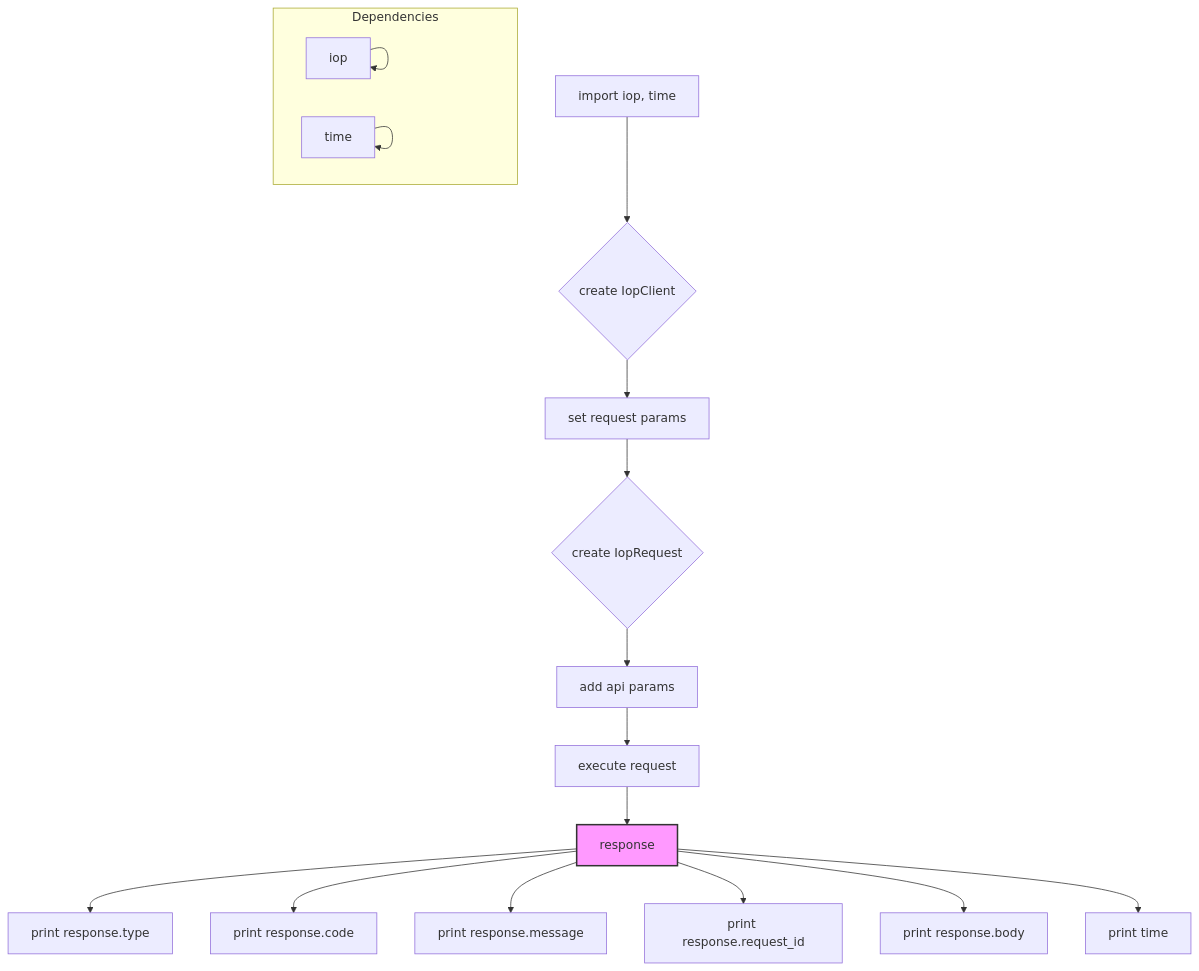
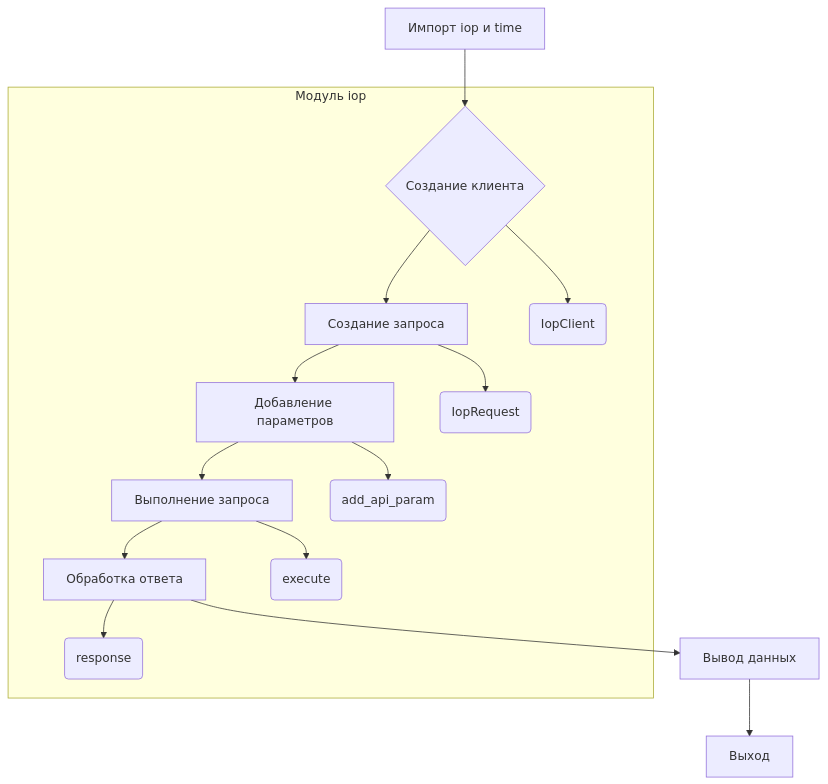
Before and after one commit to hypo69/hypo: the diagram in docs/gemini/ru/explainer/src/suppliers/aliexpress/api/_examples/iop/test_internal.md, drawn with Mermaid. The commit also changed other lines of this file and 468 other files, not shown here.

````diff
--- a/docs/gemini/ru/explainer/src/suppliers/aliexpress/api/_examples/iop/test_internal.md
+++ b/docs/gemini/ru/explainer/src/suppliers/aliexpress/api/_examples/iop/test_internal.md
@@ -82,20 +83,18 @@
 ```mermaid
 graph TD
-    A[import iop, time] --> B{create IopClient};
-    B --> C[set request params];
-    C --> D{create IopRequest};
-    D --> E[add api params];
-    E --> F[execute request];
-    F --> G[response];
-    G --> H[print response.type];
-    G --> I[print response.code];
-    G --> J[print response.message];
-    G --> K[print response.request_id];
-    G --> L[print response.body];
-    G --> M[print time];
-    style G fill:#f9f,stroke:#333,stroke-width:2px
-subgraph Dependencies
-    iop --> iop;
-    time --> time;
-end
+    A[Импорт iop и time] --> B{Создание клиента};
+    B --> C[Создание запроса];
+    C --> D[Добавление параметров];
+    D --> E[Выполнение запроса];
+    E --> F[Обработка ответа];
+    F --> G[Вывод данных];
+    G --> H[Выход];
+    subgraph "Модуль iop"
+        B --> B1(IopClient);
+        C --> C1(IopRequest);
+        D --> D1(add_api_param);
+        E --> E1(execute);
+        F --> F1(response);
+    end
+
 ```
````
